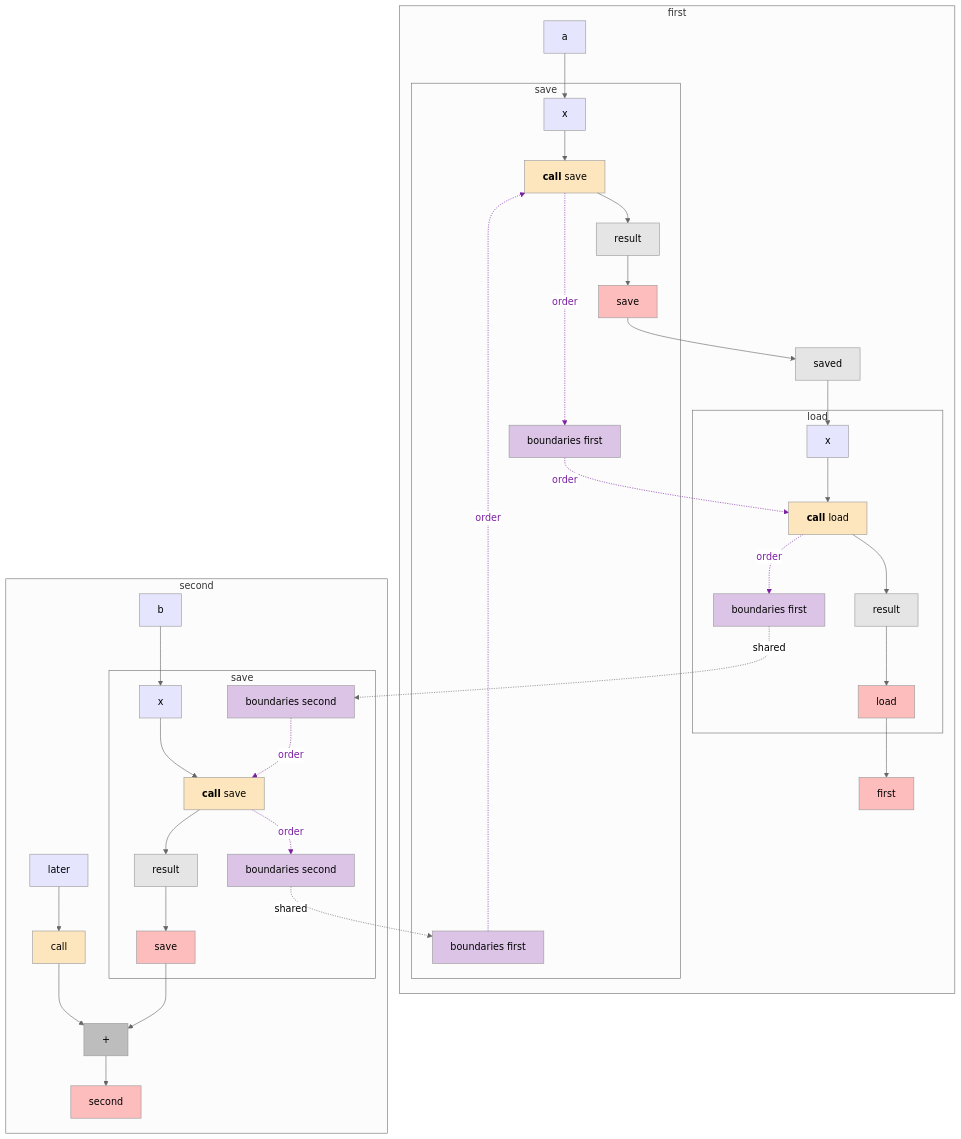
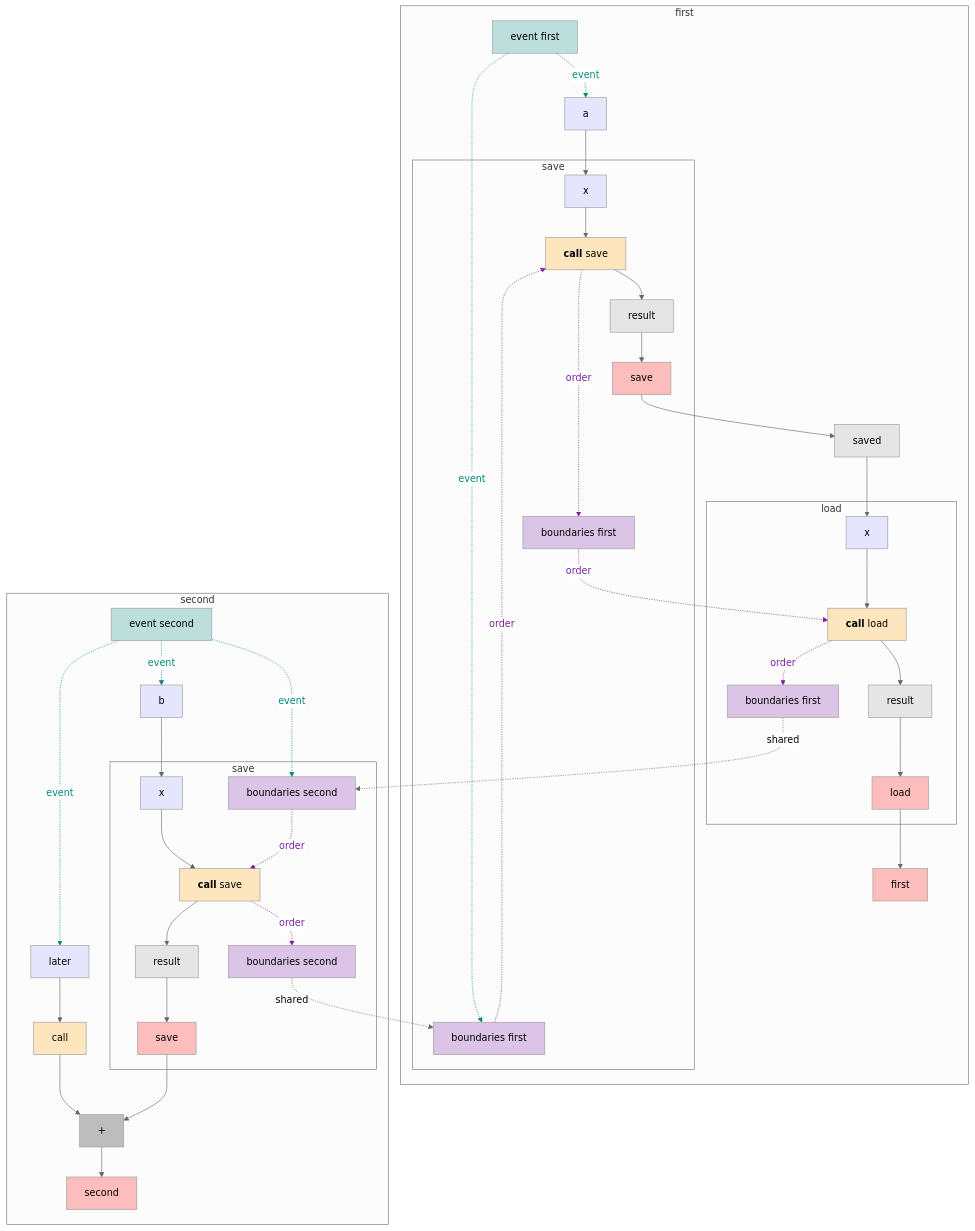
One commit to gstiebler/codeflow changed the diagram in app/src/test/resources/boundaryRoots/snapshot.md. Above: the diagram before and after it, drawn with Mermaid (neutral theme). The commit also changed 77 other files, not shown here.

````diff
--- a/app/src/test/resources/boundaryRoots/snapshot.md
+++ b/app/src/test/resources/boundaryRoots/snapshot.md
@@ -1,72 +1,84 @@
 ```mermaid
 flowchart TD
   subgraph b0["first"]
-    n1[first]:::RETURN
-    n2[a]:::FUNC_PARAM
-    n10[saved]:::VARIABLE
-    n2[a]:::FUNC_PARAM --> n5[x]:::FUNC_PARAM
-    n10[saved]:::VARIABLE --> n13[x]:::FUNC_PARAM
-    n4[save]:::RETURN --> n10[saved]:::VARIABLE
-    n8[boundaries first]:::BOUNDARIES -. order .-> n14["`**call** load`"]:::EXTERNAL
-    n12[load]:::RETURN --> n1[first]:::RETURN
-    subgraph b3["save"]
-      n4[save]:::RETURN
-      n5[x]:::FUNC_PARAM
-      n6[boundaries first]:::BOUNDARIES
-      n7["`**call** save`"]:::EXTERNAL
-      n8[boundaries first]:::BOUNDARIES
-      n9[result]:::VARIABLE
-      n5[x]:::FUNC_PARAM --> n7["`**call** save`"]:::EXTERNAL
-      n6[boundaries first]:::BOUNDARIES -. order .-> n7["`**call** save`"]:::EXTERNAL
-      n7["`**call** save`"]:::EXTERNAL -. order .-> n8[boundaries first]:::BOUNDARIES
-      n7["`**call** save`"]:::EXTERNAL --> n9[result]:::VARIABLE
-      n9[result]:::VARIABLE --> n4[save]:::RETURN
+    n1[event first]:::EVENT
+    n2[first]:::RETURN
+    n3[a]:::FUNC_PARAM
+    n11[saved]:::VARIABLE
+    n1[event first]:::EVENT -. event .-> n3[a]:::FUNC_PARAM
+    n1[event first]:::EVENT -. event .-> n7[boundaries first]:::BOUNDARIES
+    n3[a]:::FUNC_PARAM --> n6[x]:::FUNC_PARAM
+    n11[saved]:::VARIABLE --> n14[x]:::FUNC_PARAM
+    n5[save]:::RETURN --> n11[saved]:::VARIABLE
+    n9[boundaries first]:::BOUNDARIES -. order .-> n15["`**call** load`"]:::EXTERNAL
+    n13[load]:::RETURN --> n2[first]:::RETURN
+    subgraph b4["save"]
+      n5[save]:::RETURN
+      n6[x]:::FUNC_PARAM
+      n7[boundaries first]:::BOUNDARIES
+      n8["`**call** save`"]:::EXTERNAL
+      n9[boundaries first]:::BOUNDARIES
+      n10[result]:::VARIABLE
+      n6[x]:::FUNC_PARAM --> n8["`**call** save`"]:::EXTERNAL
+      n7[boundaries first]:::BOUNDARIES -. order .-> n8["`**call** save`"]:::EXTERNAL
+      n8["`**call** save`"]:::EXTERNAL -. order .-> n9[boundaries first]:::BOUNDARIES
+      n8["`**call** save`"]:::EXTERNAL --> n10[result]:::VARIABLE
+      n10[result]:::VARIABLE --> n5[save]:::RETURN
     end
-    subgraph b11["load"]
-      n12[load]:::RETURN
-      n13[x]:::FUNC_PARAM
-      n14["`**call** load`"]:::EXTERNAL
-      n15[boundaries first]:::BOUNDARIES
-      n16[result]:::VARIABLE
-      n13[x]:::FUNC_PARAM --> n14["`**call** load`"]:::EXTERNAL
-      n14["`**call** load`"]:::EXTERNAL -. order .-> n15[boundaries first]:::BOUNDARIES
-      n14["`**call** load`"]:::EXTERNAL --> n16[result]:::VARIABLE
-      n16[result]:::VARIABLE --> n12[load]:::RETURN
+    subgraph b12["load"]
+      n13[load]:::RETURN
+      n14[x]:::FUNC_PARAM
+      n15["`**call** load`"]:::EXTERNAL
+      n16[boundaries first]:::BOUNDARIES
+      n17[result]:::VARIABLE
+      n14[x]:::FUNC_PARAM --> n15["`**call** load`"]:::EXTERNAL
+      n15["`**call** load`"]:::EXTERNAL -. order .-> n16[boundaries first]:::BOUNDARIES
+      n15["`**call** load`"]:::EXTERNAL --> n17[result]:::VARIABLE
+      n17[result]:::VARIABLE --> n13[load]:::RETURN
     end
   end
-  subgraph b17["second"]
-    n18[second]:::RETURN
-    n19[b]:::FUNC_PARAM
-    n20[later]:::FUNC_PARAM
-    n28[call]:::EXTERNAL
-    n29[+]:::BIN_OP
-    n19[b]:::FUNC_PARAM --> n23[x]:::FUNC_PARAM
-    n20[later]:::FUNC_PARAM --> n28[call]:::EXTERNAL
-    n28[call]:::EXTERNAL --> n29[+]:::BIN_OP
-    n29[+]:::BIN_OP --> n18[second]:::RETURN
-    n22[save]:::RETURN --> n29[+]:::BIN_OP
-    subgraph b21["save"]
-      n22[save]:::RETURN
-      n23[x]:::FUNC_PARAM
-      n24[boundaries second]:::BOUNDARIES
-      n25["`**call** save`"]:::EXTERNAL
+  subgraph b18["second"]
+    n19[event second]:::EVENT
+    n20[second]:::RETURN
+    n21[b]:::FUNC_PARAM
+    n22[later]:::FUNC_PARAM
+    n30[call]:::EXTERNAL
+    n31[+]:::BIN_OP
+    n19[event second]:::EVENT -. event .-> n21[b]:::FUNC_PARAM
+    n19[event second]:::EVENT -. event .-> n22[later]:::FUNC_PARAM
+    n19[event second]:::EVENT -. event .-> n26[boundaries second]:::BOUNDARIES
+    n21[b]:::FUNC_PARAM --> n25[x]:::FUNC_PARAM
+    n22[later]:::FUNC_PARAM --> n30[call]:::EXTERNAL
+    n30[call]:::EXTERNAL --> n31[+]:::BIN_OP
+    n31[+]:::BIN_OP --> n20[second]:::RETURN
+    n24[save]:::RETURN --> n31[+]:::BIN_OP
+    subgraph b23["save"]
+      n24[save]:::RETURN
+      n25[x]:::FUNC_PARAM
       n26[boundaries second]:::BOUNDARIES
-      n27[result]:::VARIABLE
-      n23[x]:::FUNC_PARAM --> n25["`**call** save`"]:::EXTERNAL
-      n24[boundaries second]:::BOUNDARIES -. order .-> n25["`**call** save`"]:::EXTERNAL
-      n25["`**call** save`"]:::EXTERNAL -. order .-> n26[boundaries second]:::BOUNDARIES
-      n25["`**call** save`"]:::EXTERNAL --> n27[result]:::VARIABLE
-      n27[result]:::VARIABLE --> n22[save]:::RETURN
+      n27["`**call** save`"]:::EXTERNAL
+      n28[boundaries second]:::BOUNDARIES
+      n29[result]:::VARIABLE
+      n25[x]:::FUNC_PARAM --> n27["`**call** save`"]:::EXTERNAL
+      n26[boundaries second]:::BOUNDARIES -. order .-> n27["`**call** save`"]:::EXTERNAL
+      n27["`**call** save`"]:::EXTERNAL -. order .-> n28[boundaries second]:::BOUNDARIES
+      n27["`**call** save`"]:::EXTERNAL --> n29[result]:::VARIABLE
+      n29[result]:::VARIABLE --> n24[save]:::RETURN
     end
   end
-  n15[boundaries first]:::BOUNDARIES -. shared .-> n24[boundaries second]:::BOUNDARIES
-  n26[boundaries second]:::BOUNDARIES -. shared .-> n6[boundaries first]:::BOUNDARIES
-  linkStyle 3 stroke:#7b1fa2,color:#7b1fa2
-  linkStyle 6 stroke:#7b1fa2,color:#7b1fa2
-  linkStyle 7 stroke:#7b1fa2,color:#7b1fa2
-  linkStyle 11 stroke:#7b1fa2,color:#7b1fa2
-  linkStyle 20 stroke:#7b1fa2,color:#7b1fa2
-  linkStyle 21 stroke:#7b1fa2,color:#7b1fa2
+  n16[boundaries first]:::BOUNDARIES -. shared .-> n26[boundaries second]:::BOUNDARIES
+  n28[boundaries second]:::BOUNDARIES -. shared .-> n7[boundaries first]:::BOUNDARIES
+  linkStyle 0 stroke:#00897b,color:#00897b
+  linkStyle 1 stroke:#00897b,color:#00897b
+  linkStyle 5 stroke:#7b1fa2,color:#7b1fa2
+  linkStyle 8 stroke:#7b1fa2,color:#7b1fa2
+  linkStyle 9 stroke:#7b1fa2,color:#7b1fa2
+  linkStyle 13 stroke:#7b1fa2,color:#7b1fa2
+  linkStyle 16 stroke:#00897b,color:#00897b
+  linkStyle 17 stroke:#00897b,color:#00897b
+  linkStyle 18 stroke:#00897b,color:#00897b
+  linkStyle 25 stroke:#7b1fa2,color:#7b1fa2
+  linkStyle 26 stroke:#7b1fa2,color:#7b1fa2
   classDef LITERAL fill:#00FF0030
   classDef VARIABLE fill:#80808030
   classDef BIN_OP fill:#80808080
@@ -74,5 +86,6 @@
   classDef RETURN fill:#FF808080
   classDef EXTERNAL fill:#FFA50040
   classDef UNMODELLED fill:#FF000030,stroke-dasharray: 4 2
+  classDef EVENT fill:#00897B40
   classDef BOUNDARIES fill:#7B1FA240
 ```
````
